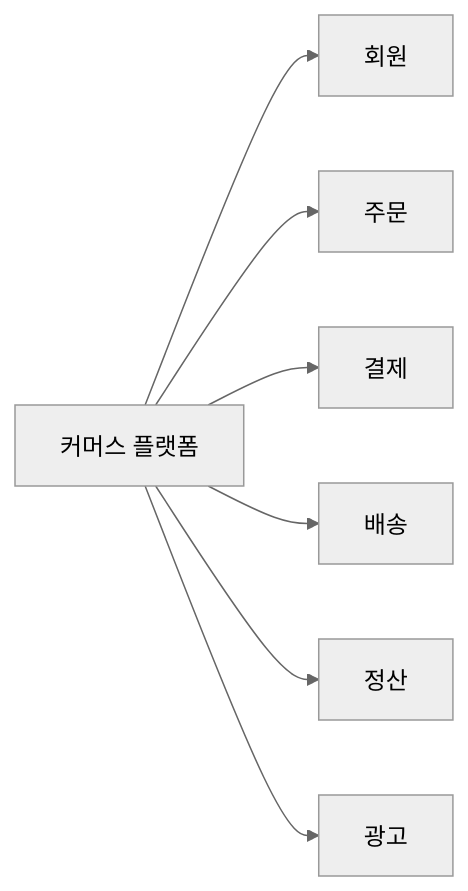
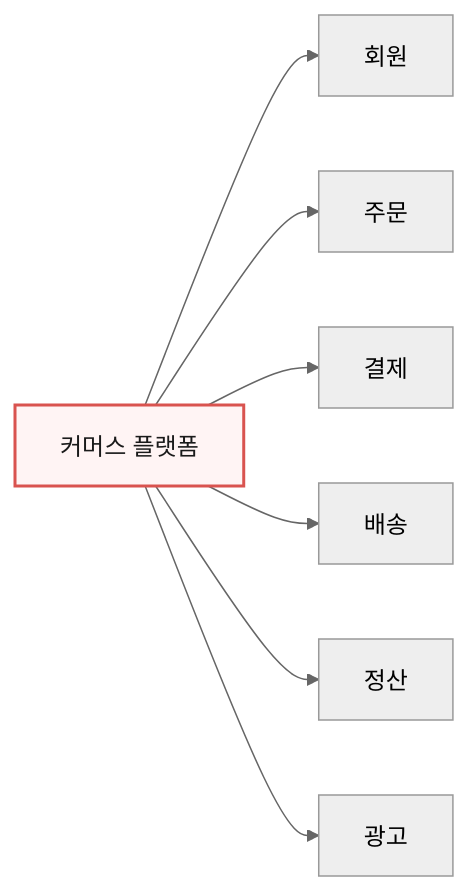
Before and after one commit to i31pc17/bitbook: diagram 12 of 12 in 모던 데이터 아키텍처/21장. 도메인 토폴로지.md, drawn with Mermaid (neutral theme). The commit also changed other lines of this file and 1 other file, not shown here.

````diff
--- a/모던 데이터 아키텍처/21장. 도메인 토폴로지.md
+++ b/모던 데이터 아키텍처/21장. 도메인 토폴로지.md
@@ -1149,16 +1006,12 @@
 ```mermaid
 flowchart LR
-    n0["커머스 플랫폼"]
-    n1["회원"]
-    n2["주문"]
-    n3["결제"]
-    n4["배송"]
-    n5["정산"]
-    n6["광고"]
-    n0 --> n1
-    n0 --> n2
-    n0 --> n3
-    n0 --> n4
-    n0 --> n5
-    n0 --> n6
+    P["커머스 플랫폼"]
+    P --> M["회원"]
+    P --> O["주문"]
+    P --> PAY["결제"]
+    P --> D["배송"]
+    P --> S["정산"]
+    P --> A["광고"]
+
+    style P fill:#fff4f4,stroke:#d9534f,stroke-width:2px,color:#1a1a1a
 ```
````
